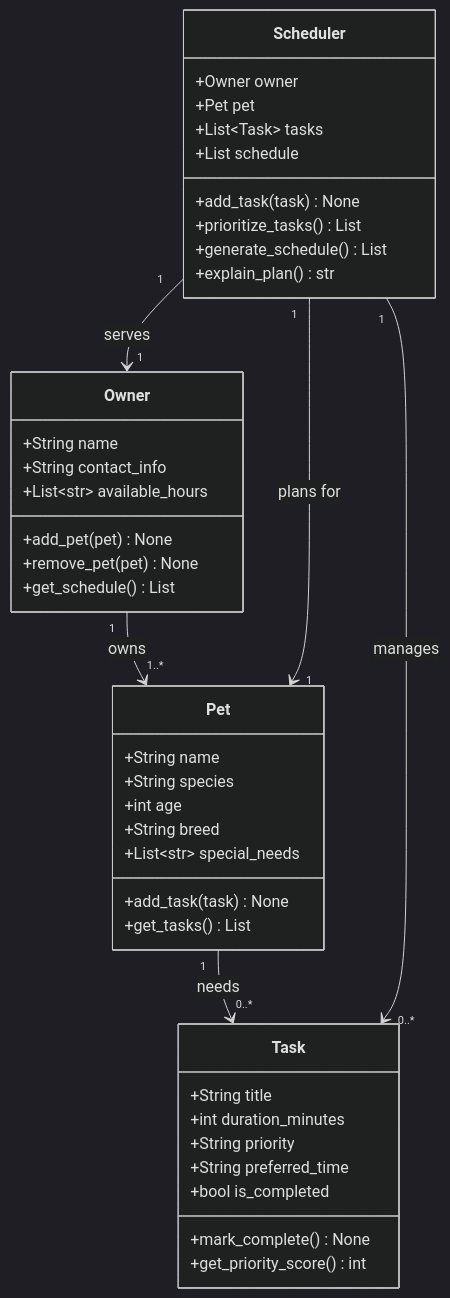
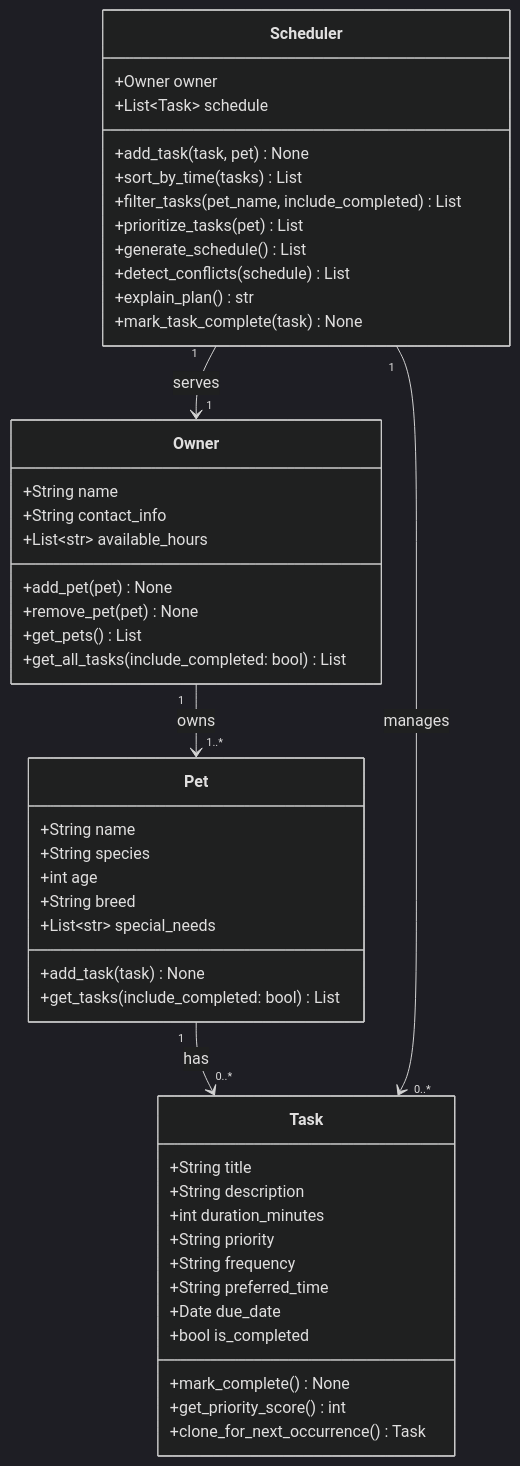
Before and after one commit to Bijay-Thakur/ai110-module2show-pawpal-starter: the diagram in reflection.md, drawn with Mermaid (dark theme). The commit also changed other lines of this file and 3 other files, not shown here.

````diff
--- a/reflection.md
+++ b/reflection.md
@@ -9,48 +9,54 @@
 ```mermaid
 classDiagram
     class Owner {
         +String name
         +String contact_info
         +List~str~ available_hours
         +add_pet(pet) None
         +remove_pet(pet) None
-        +get_schedule() List
+        +get_pets() List
+        +get_all_tasks(include_completed: bool) List
     }
 
     class Pet {
         +String name
         +String species
         +int age
         +String breed
         +List~str~ special_needs
         +add_task(task) None
-        +get_tasks() List
+        +get_tasks(include_completed: bool) List
     }
 
     class Task {
         +String title
+        +String description
         +int duration_minutes
         +String priority
+        +String frequency
         +String preferred_time
+        +Date due_date
         +bool is_completed
         +mark_complete() None
         +get_priority_score() int
+        +clone_for_next_occurrence() Task
     }
 
     class Scheduler {
         +Owner owner
-        +Pet pet
-        +List~Task~ tasks
-        +List schedule
-        +add_task(task) None
-        +prioritize_tasks() List
+        +List~Task~ schedule
+        +add_task(task, pet) None
+        +sort_by_time(tasks) List
+        +filter_tasks(pet_name, include_completed) List
+        +prioritize_tasks(pet) List
         +generate_schedule() List
+        +detect_conflicts(schedule) List
         +explain_plan() str
+        +mark_task_complete(task) None
     }
 
     Owner "1" --> "1..*" Pet : owns
-    Pet "1" --> "0..*" Task : needs
+    Pet "1" --> "0..*" Task : has
     Scheduler "1" --> "1" Owner : serves
-    Scheduler "1" --> "1" Pet : plans for
     Scheduler "1" --> "0..*" Task : manages
 ```
````
